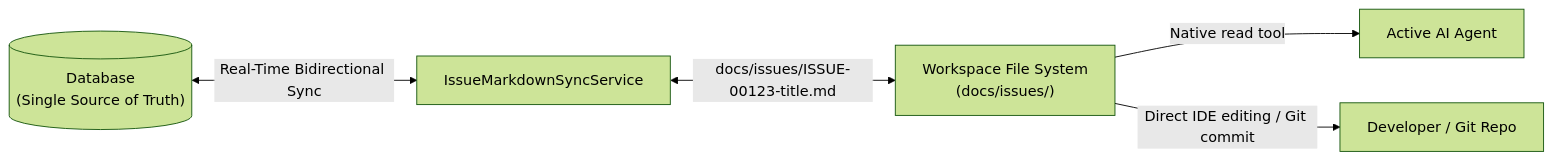
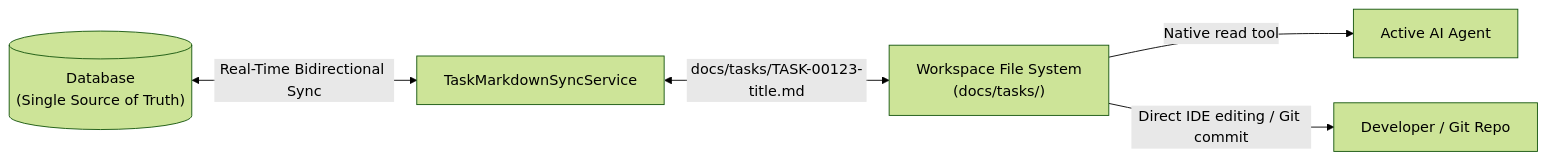
One commit to jetelain/NightCodeForge changed the seventh of 22 diagrams in docs/ARCHITECTURE.md. Above: the diagram before and after it, drawn with Mermaid (forest theme). The commit also changed other lines of this file and 151 other files, not shown here.

Commit message:
Issue -> Task

````diff
--- a/docs/ARCHITECTURE.md
+++ b/docs/ARCHITECTURE.md
@@ -508,7 +508,7 @@
 ```mermaid
 flowchart LR
-    DB[("Database\n(Single Source of Truth)")] <-->|"Real-Time Bidirectional Sync"| SyncEngine["IssueMarkdownSyncService"]
-    SyncEngine <-->|"docs/issues/ISSUE-00123-title.md"| Disk["Workspace File System\n(docs/issues/)"]
+    DB[("Database\n(Single Source of Truth)")] <-->|"Real-Time Bidirectional Sync"| SyncEngine["TaskMarkdownSyncService"]
+    SyncEngine <-->|"docs/tasks/TASK-00123-title.md"| Disk["Workspace File System\n(docs/tasks/)"]
     Disk -->|"Native read tool"| Agent["Active AI Agent"]
     Disk -->|"Direct IDE editing / Git commit"| Developer["Developer / Git Repo"]
 ```
````
